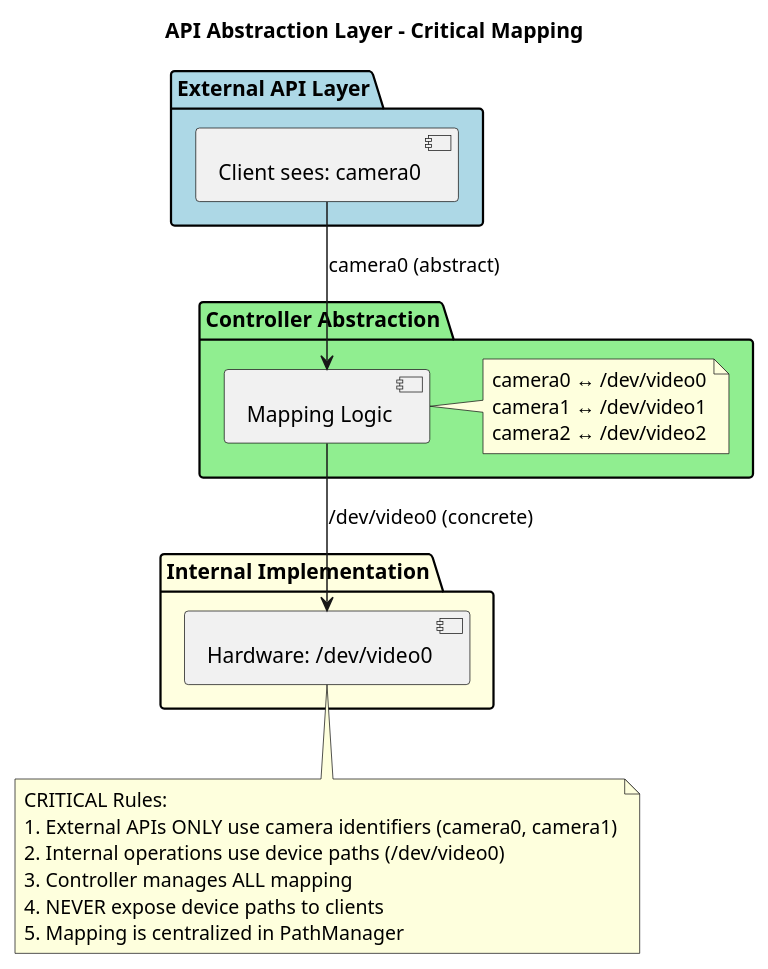
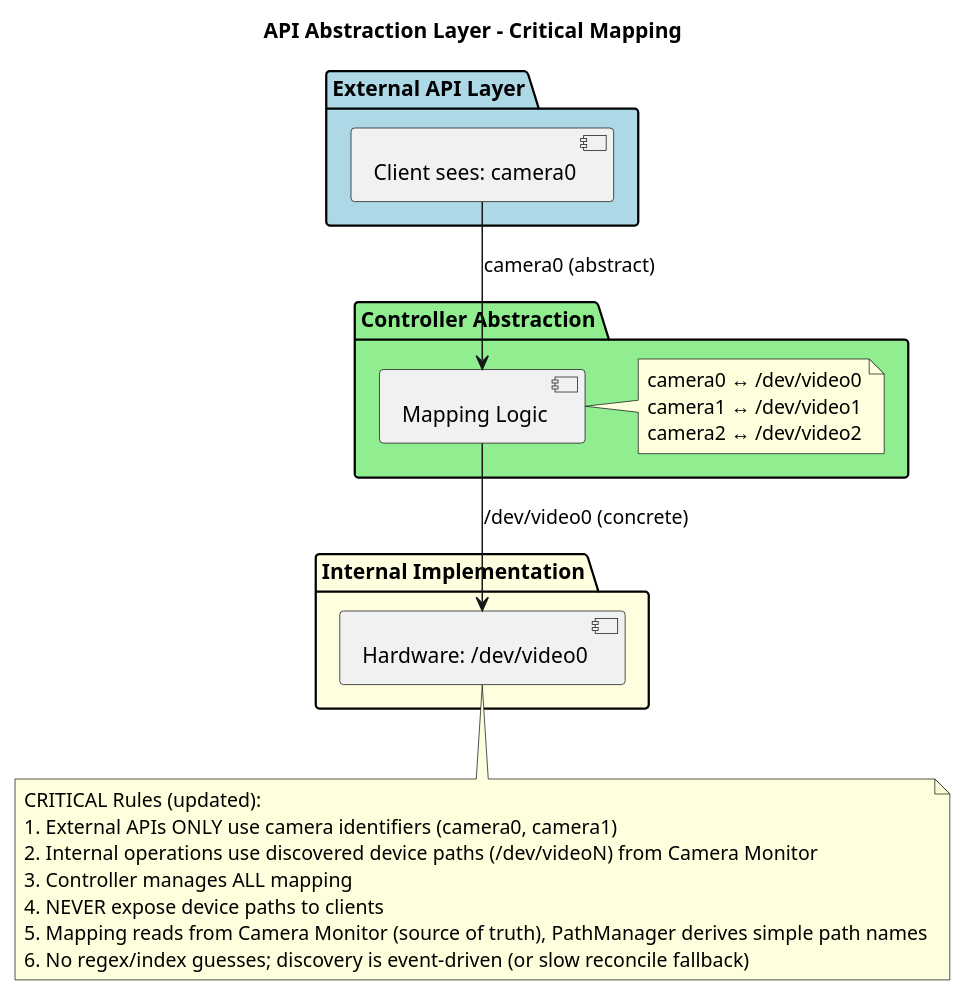
One commit to CarlosSprekelsen/CameraRecorder changed the eighth of 25 diagrams in mediamtx-camera-service-go/docs/architecture/go-architecture-guide.md. Above: the diagram before and after it, drawn with PlantUML. The commit also changed other lines of this file and 4 other files, not shown here.

Commit message:
fis few logging in path manager

````diff
--- a/mediamtx-camera-service-go/docs/architecture/go-architecture-guide.md
+++ b/mediamtx-camera-service-go/docs/architecture/go-architecture-guide.md
@@ -345,35 +378,36 @@
 ```plantuml
 @startuml AbstractionLayer
 title API Abstraction Layer - Critical Mapping
 
 package "External API Layer" #lightblue {
     component "Client sees: camera0" as API
 }
 
 package "Controller Abstraction" #lightgreen {
     component "Mapping Logic" as MAP
     note right of MAP
     camera0 ↔ /dev/video0
     camera1 ↔ /dev/video1
     camera2 ↔ /dev/video2
     end note
 }
 
 package "Internal Implementation" #lightyellow {
     component "Hardware: /dev/video0" as HW
 }
 
 API --> MAP: camera0 (abstract)
 MAP --> HW: /dev/video0 (concrete)
 
 note bottom
-CRITICAL Rules:
+CRITICAL Rules (updated):
 1. External APIs ONLY use camera identifiers (camera0, camera1)
-2. Internal operations use device paths (/dev/video0)
+2. Internal operations use discovered device paths (/dev/videoN) from Camera Monitor
 3. Controller manages ALL mapping
 4. NEVER expose device paths to clients
-5. Mapping is centralized in PathManager
+5. Mapping reads from Camera Monitor (source of truth), PathManager derives simple path names
+6. No regex/index guesses; discovery is event-driven (or slow reconcile fallback)
 end note
 
 @enduml
 ```
````
